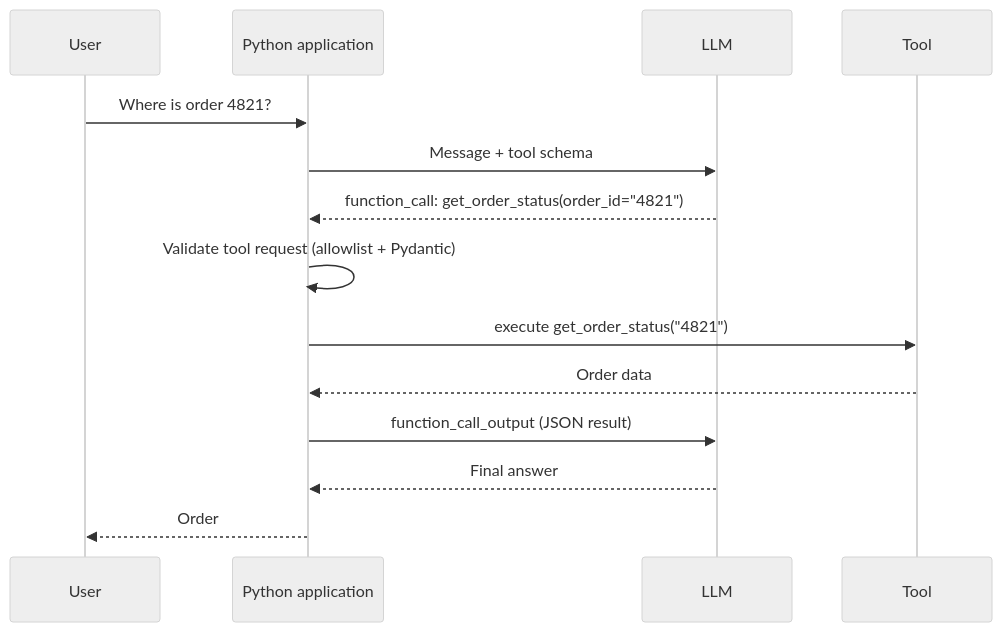
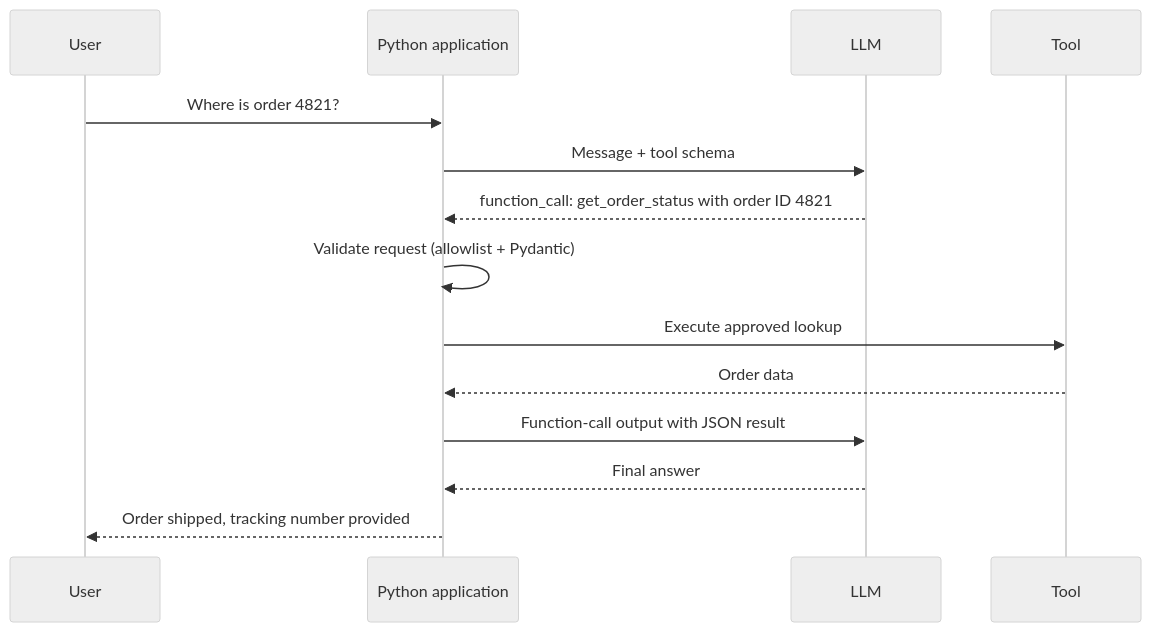
The seventh of 7 diagrams in docs/SUMMARY.md (mezni/ai-agent-py), drawn with Mermaid (neutral theme) before and after one commit. The commit also changed other lines of this file, not shown here.

````diff
--- a/docs/SUMMARY.md
+++ b/docs/SUMMARY.md
@@ -99,17 +538,17 @@
 ```mermaid
 sequenceDiagram
     participant User
     participant App as Python application
     participant LLM
     participant Tool
 
     User->>App: Where is order 4821?
     App->>LLM: Message + tool schema
-    LLM-->>App: function_call: get_order_status(order_id="4821")
-    App->>App: Validate tool request (allowlist + Pydantic)
-    App->>Tool: execute get_order_status("4821")
+    LLM-->>App: function_call: get_order_status with order ID 4821
+    App->>App: Validate request (allowlist + Pydantic)
+    App->>Tool: Execute approved lookup
     Tool-->>App: Order data
-    App->>LLM: function_call_output (JSON result)
+    App->>LLM: Function-call output with JSON result
     LLM-->>App: Final answer
-    App-->>User: Order #4821 has been shipped. Tracking: TRK-10001
+    App-->>User: Order shipped, tracking number provided
 ```
````
